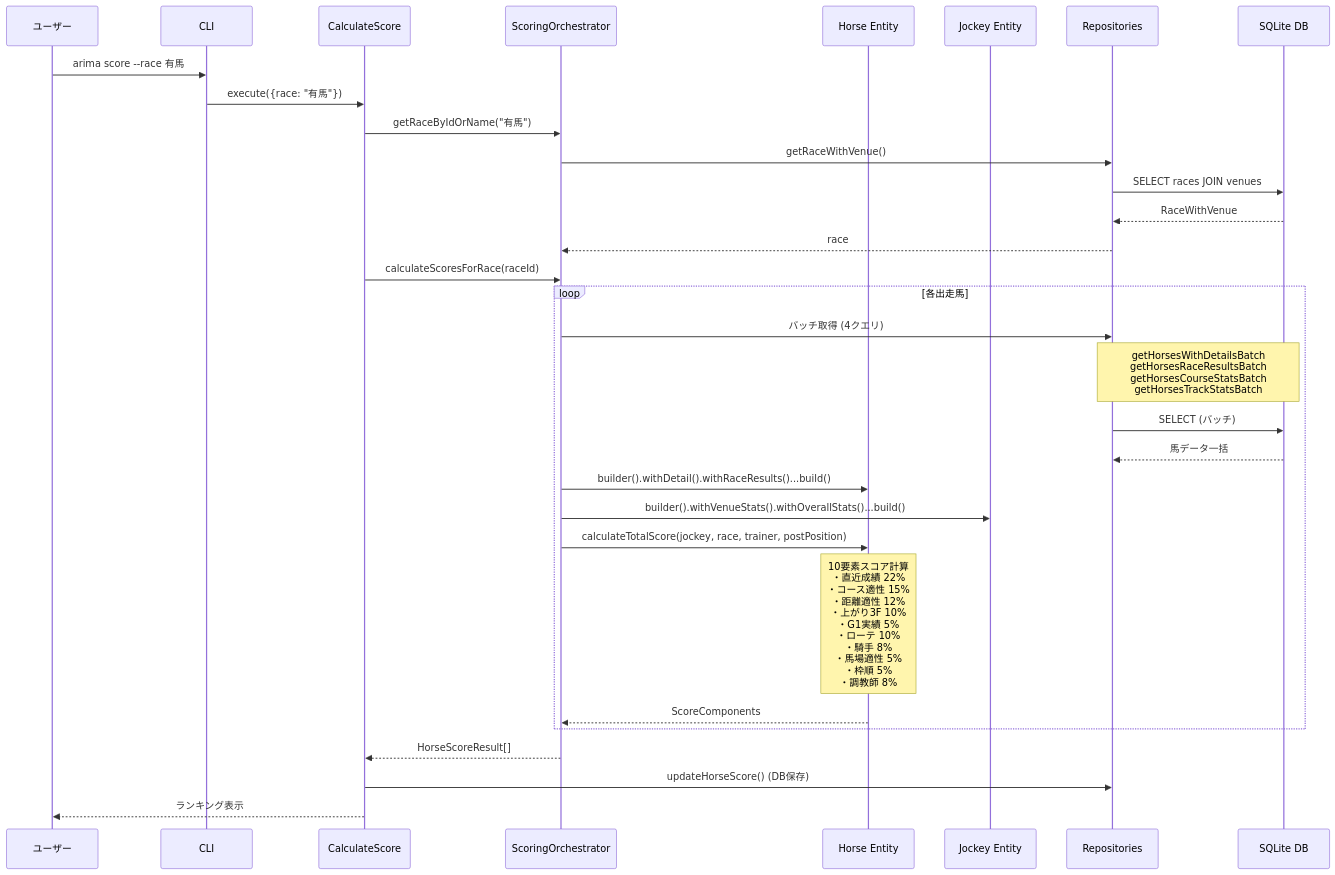
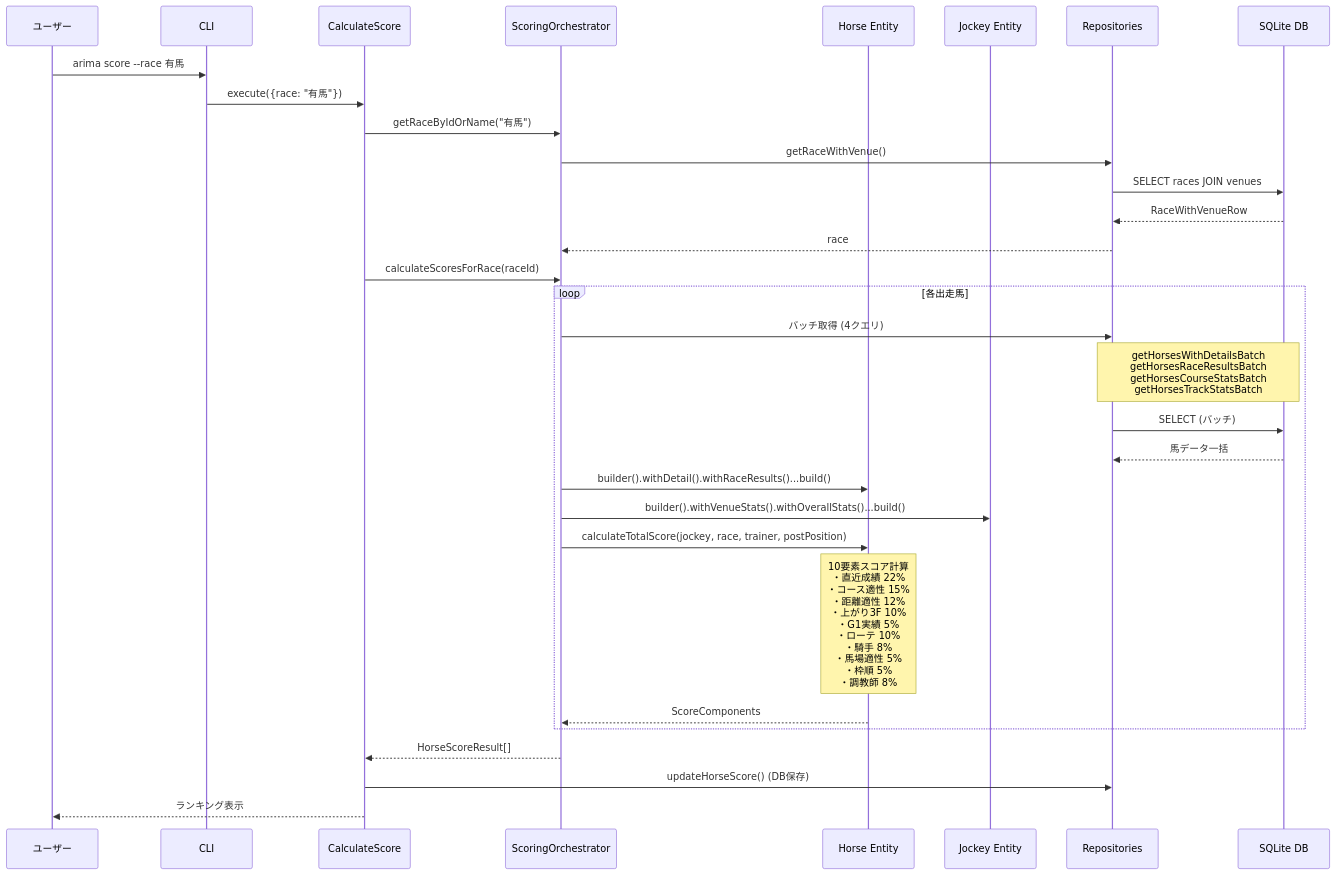
The third of 9 diagrams in docs/ARCHITECTURE.md (sogengineer/arima-analy), drawn with Mermaid before and after one commit. The commit also changed other lines of this file and 3 other files, not shown here.

````diff
--- a/docs/ARCHITECTURE.md
+++ b/docs/ARCHITECTURE.md
@@ -72,39 +72,39 @@
 ```mermaid
 sequenceDiagram
     participant User as ユーザー
     participant CLI as CLI
     participant Cmd as CalculateScore
     participant Orch as ScoringOrchestrator
     participant Horse as Horse Entity
     participant Jockey as Jockey Entity
     participant Repo as Repositories
     participant DB as SQLite DB
 
     User->>CLI: arima score --race 有馬
     CLI->>Cmd: execute({race: "有馬"})
     Cmd->>Orch: getRaceByIdOrName("有馬")
     Orch->>Repo: getRaceWithVenue()
     Repo->>DB: SELECT races JOIN venues
-    DB-->>Repo: RaceWithVenue
+    DB-->>Repo: RaceWithVenueRow
     Repo-->>Orch: race
 
     Cmd->>Orch: calculateScoresForRace(raceId)
 
     loop 各出走馬
         Orch->>Repo: バッチ取得 (4クエリ)
         Note over Repo,DB: getHorsesWithDetailsBatch<br/>getHorsesRaceResultsBatch<br/>getHorsesCourseStatsBatch<br/>getHorsesTrackStatsBatch
         Repo->>DB: SELECT (バッチ)
         DB-->>Repo: 馬データ一括
 
         Orch->>Horse: builder().withDetail().withRaceResults()...build()
         Orch->>Jockey: builder().withVenueStats().withOverallStats()...build()
 
         Orch->>Horse: calculateTotalScore(jockey, race, trainer, postPosition)
         Note over Horse: 10要素スコア計算<br/>・直近成績 22%<br/>・コース適性 15%<br/>・距離適性 12%<br/>・上がり3F 10%<br/>・G1実績 5%<br/>・ローテ 10%<br/>・騎手 8%<br/>・馬場適性 5%<br/>・枠順 5%<br/>・調教師 8%
         Horse-->>Orch: ScoreComponents
     end
 
     Orch-->>Cmd: HorseScoreResult[]
     Cmd->>Repo: updateHorseScore() (DB保存)
     Cmd-->>User: ランキング表示
 ```
````
